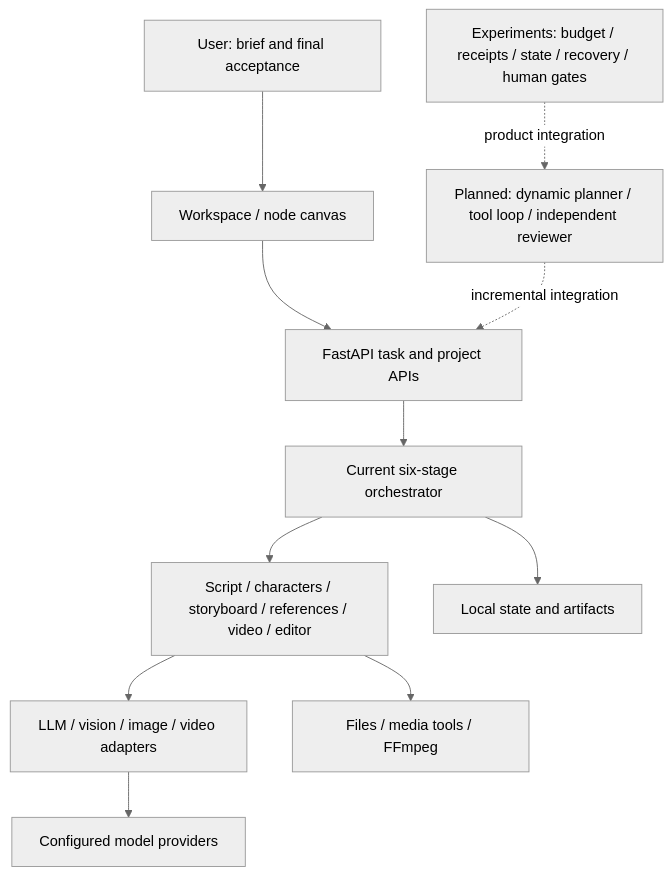
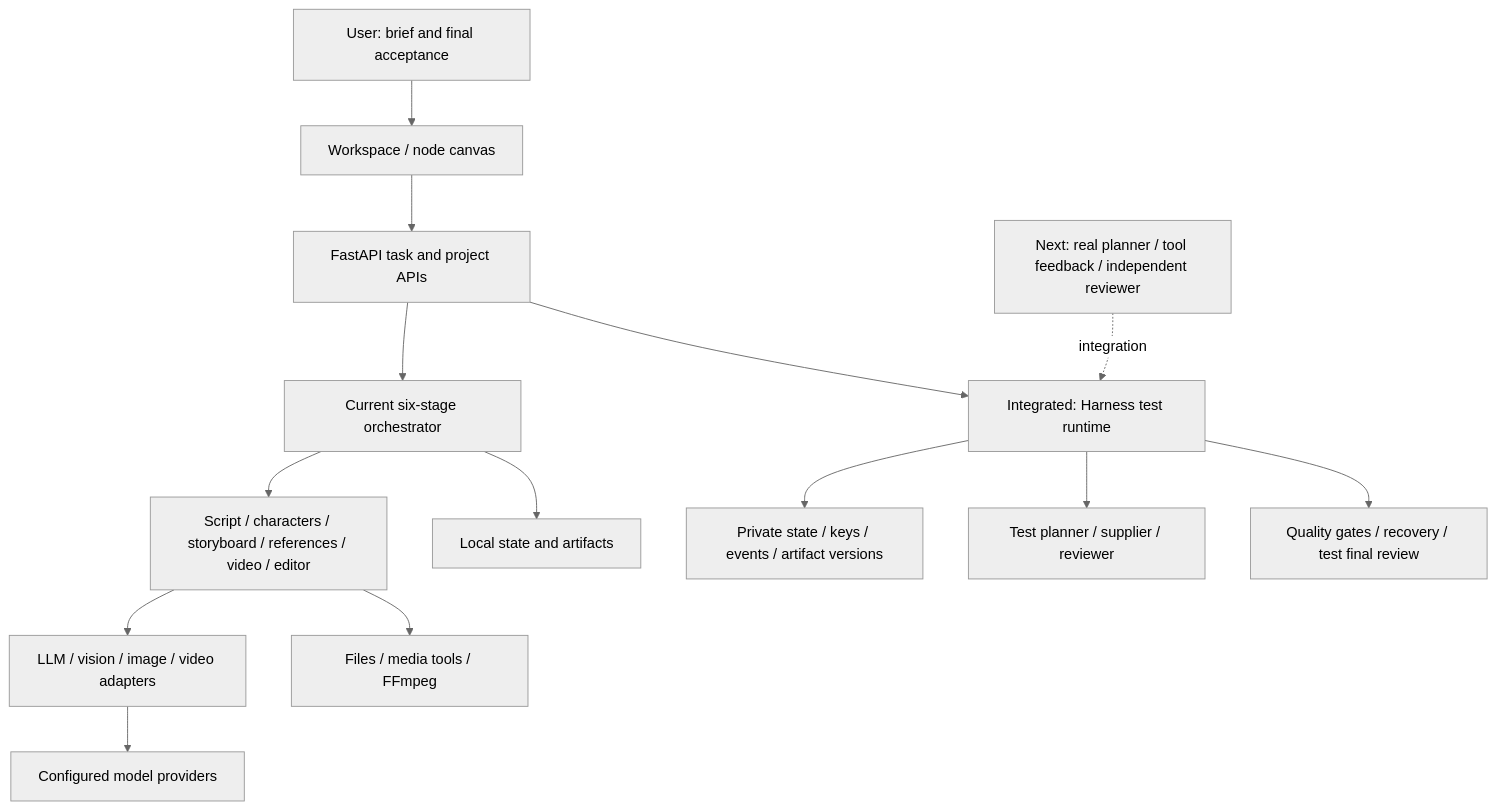
One commit to leo-ai-pm/LeonTV changed the diagram in README_EN.md. Above: the diagram before and after it, drawn with Mermaid (neutral theme). The commit also changed other lines of this file and 34 other files, not shown here.

Commit message:
Integrate zero-cost Harness runtime into Studio

````diff
--- a/README_EN.md
+++ b/README_EN.md
@@ -58,13 +59,16 @@
 ```mermaid
 flowchart TD
     User[User: brief and final acceptance] --> UI[Workspace / node canvas]
     UI --> API[FastAPI task and project APIs]
     API --> Workflow[Current six-stage orchestrator]
     Workflow --> Agents[Script / characters / storyboard / references / video / editor]
     Agents --> Models[LLM / vision / image / video adapters]
     Agents --> Tools[Files / media tools / FFmpeg]
     Workflow --> Store[Local state and artifacts]
     Models --> Providers[Configured model providers]
-    Harness[Planned: dynamic planner / tool loop / independent reviewer] -.incremental integration.-> API
-    Runtime[Experiments: budget / receipts / state / recovery / human gates] -.product integration.-> Harness
+    API --> Runtime[Integrated: Harness test runtime]
+    Runtime --> Private[Private state / keys / events / artifact versions]
+    Runtime --> Fixtures[Test planner / supplier / reviewer]
+    Runtime --> Gates[Quality gates / recovery / test final review]
+    Harness[Next: real planner / tool feedback / independent reviewer] -.integration.-> Runtime
 ```
````
